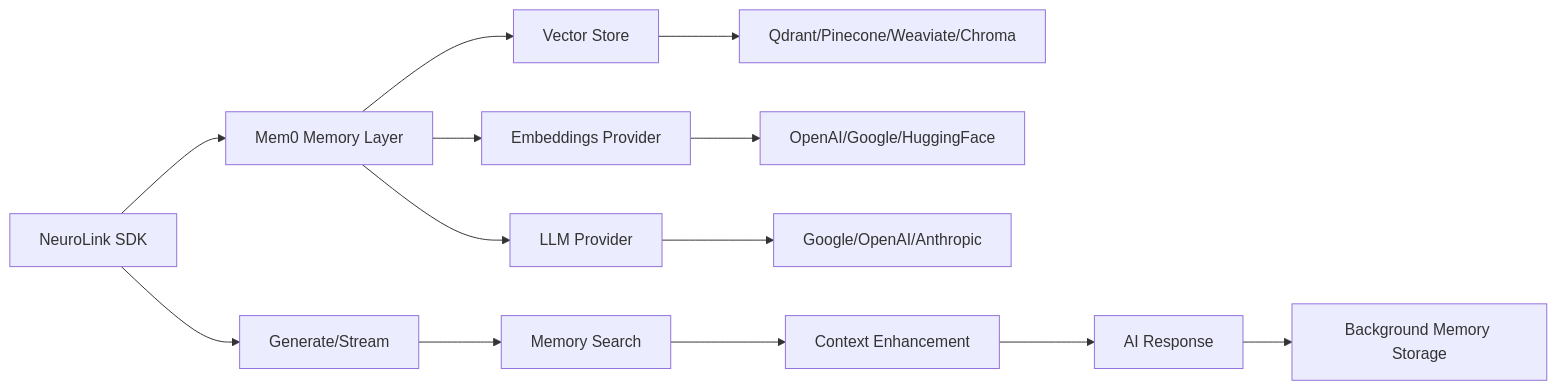
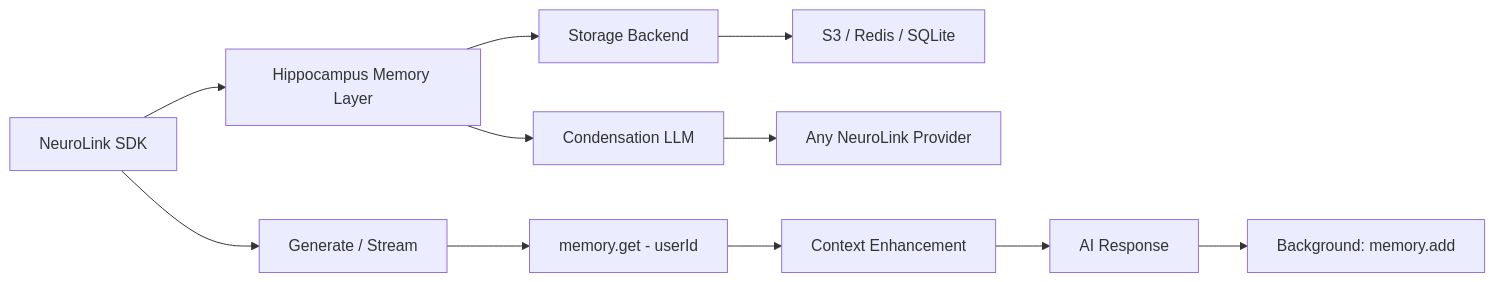
Before and after one commit to juspay/neurolink: the diagram in docs/advanced/memory-integration.md, drawn with Mermaid. The commit also changed other lines of this file and 170 other files, not shown here.

````diff
--- a/docs/advanced/memory-integration.md
+++ b/docs/advanced/memory-integration.md
@@ -19,16 +18,14 @@
 ```mermaid
 graph LR
-    A[NeuroLink SDK] --> B[Mem0 Memory Layer]
-    B --> C[Vector Store]
-    B --> D[Embeddings Provider]
-    B --> E[LLM Provider]
-    C --> F[Qdrant/Pinecone/Weaviate/Chroma]
-    D --> G[OpenAI/Google/HuggingFace]
-    E --> H[Google/OpenAI/Anthropic]
+    A[NeuroLink SDK] --> B[Hippocampus Memory Layer]
+    B --> C[Storage Backend]
+    B --> D[Condensation LLM]
+    C --> E[S3 / Redis / SQLite]
+    D --> F[Any NeuroLink Provider]
 
-    A --> I[Generate/Stream]
-    I --> J[Memory Search]
-    J --> K[Context Enhancement]
-    K --> L[AI Response]
-    L --> M[Background Memory Storage]
+    A --> G[Generate / Stream]
+    G --> H[memory.get - userId]
+    H --> I[Context Enhancement]
+    I --> J[AI Response]
+    J --> K[Background: memory.add]
 ```
````
